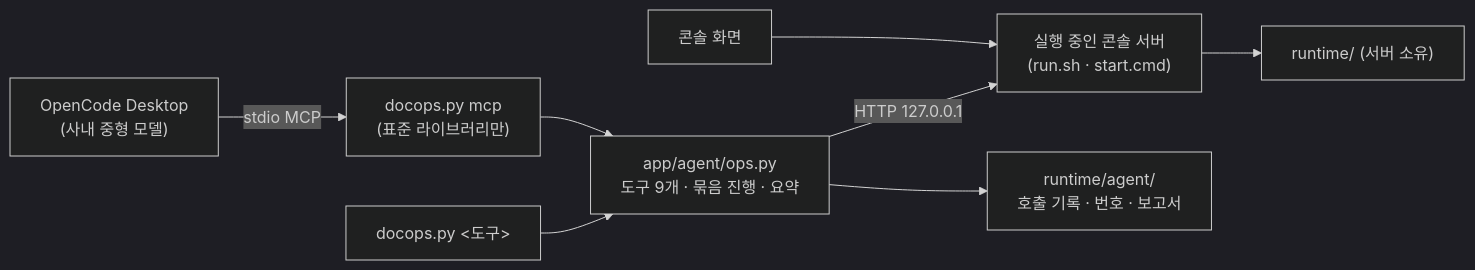
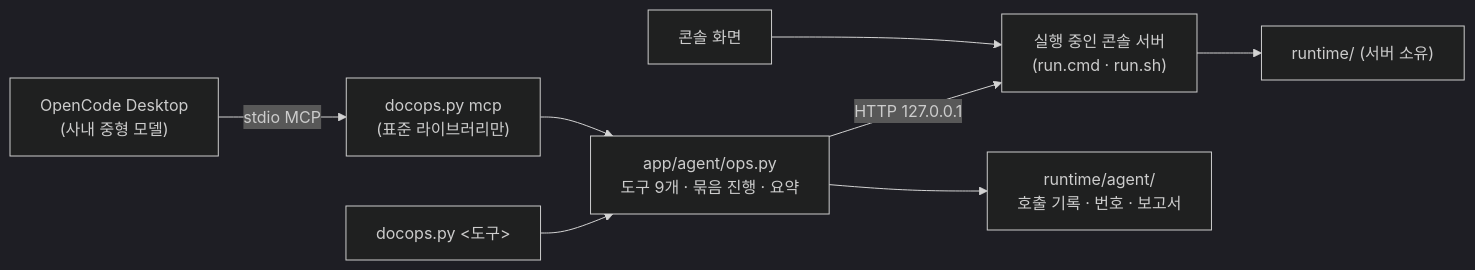
The diagram in docs/AGENT_TOOLS.md (SeoJHeasdw/unstructured-parser-control-plane), drawn with Mermaid (dark theme) before and after one commit. The commit also changed other lines of this file and 23 other files, not shown here.

````diff
--- a/docs/AGENT_TOOLS.md
+++ b/docs/AGENT_TOOLS.md
@@ -17,10 +17,10 @@
 ```mermaid
 flowchart LR
     OC["OpenCode Desktop\n(사내 중형 모델)"] -->|"stdio MCP"| MCP["docops.py mcp\n(표준 라이브러리만)"]
     CLI["docops.py <도구>"] --> OPS
     MCP --> OPS["app/agent/ops.py\n도구 9개 · 묶음 진행 · 요약"]
-    OPS -->|"HTTP 127.0.0.1"| API["실행 중인 콘솔 서버\n(run.sh · start.cmd)"]
+    OPS -->|"HTTP 127.0.0.1"| API["실행 중인 콘솔 서버\n(run.cmd · run.sh)"]
     OPS --> ST["runtime/agent/\n호출 기록 · 번호 · 보고서"]
     API --> RT["runtime/ (서버 소유)"]
     UI["콘솔 화면"] --> API
 ```
````
